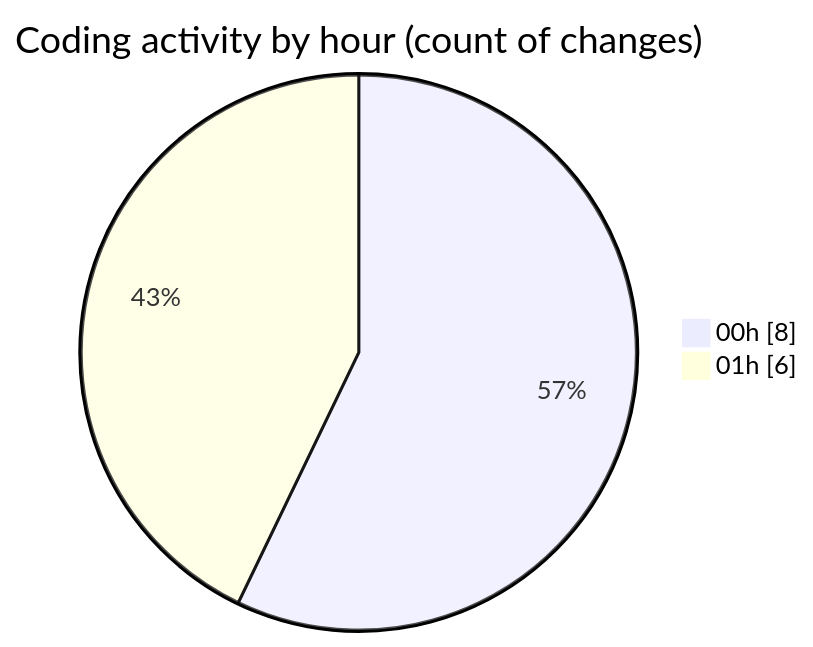
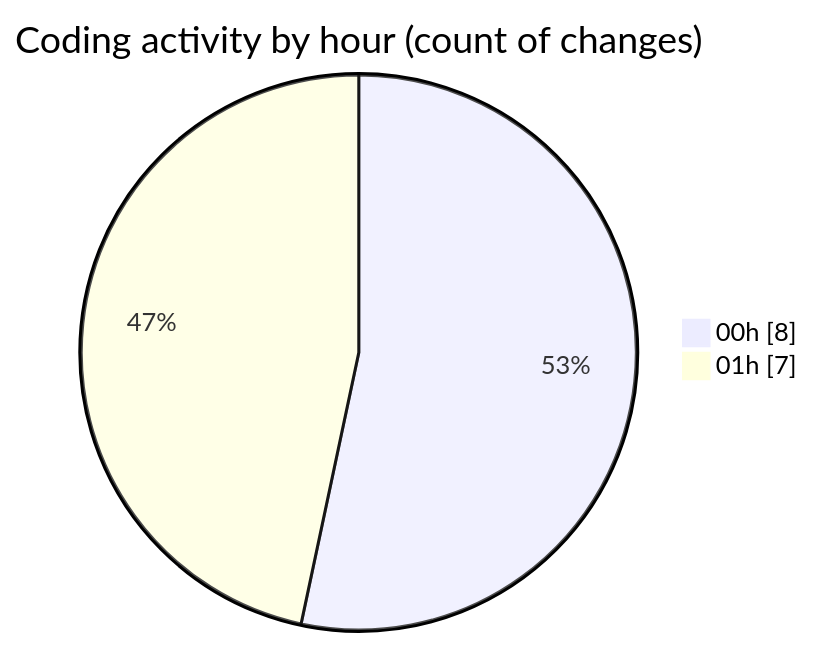
The second of 2 diagrams in 2025-05-02/niten/README.md (Elitesun/code-tracking), drawn with Mermaid before and after one commit. The commit also changed other lines of this file and 1 other file, not shown here.

````diff
--- a/2025-05-02/niten/README.md
+++ b/2025-05-02/niten/README.md
@@ -36,6 +36,6 @@
 ```mermaid
 pie showData
 title Coding activity by hour (count of changes)
 "00h" : 8
-"01h" : 6
+"01h" : 7
 ```
````
